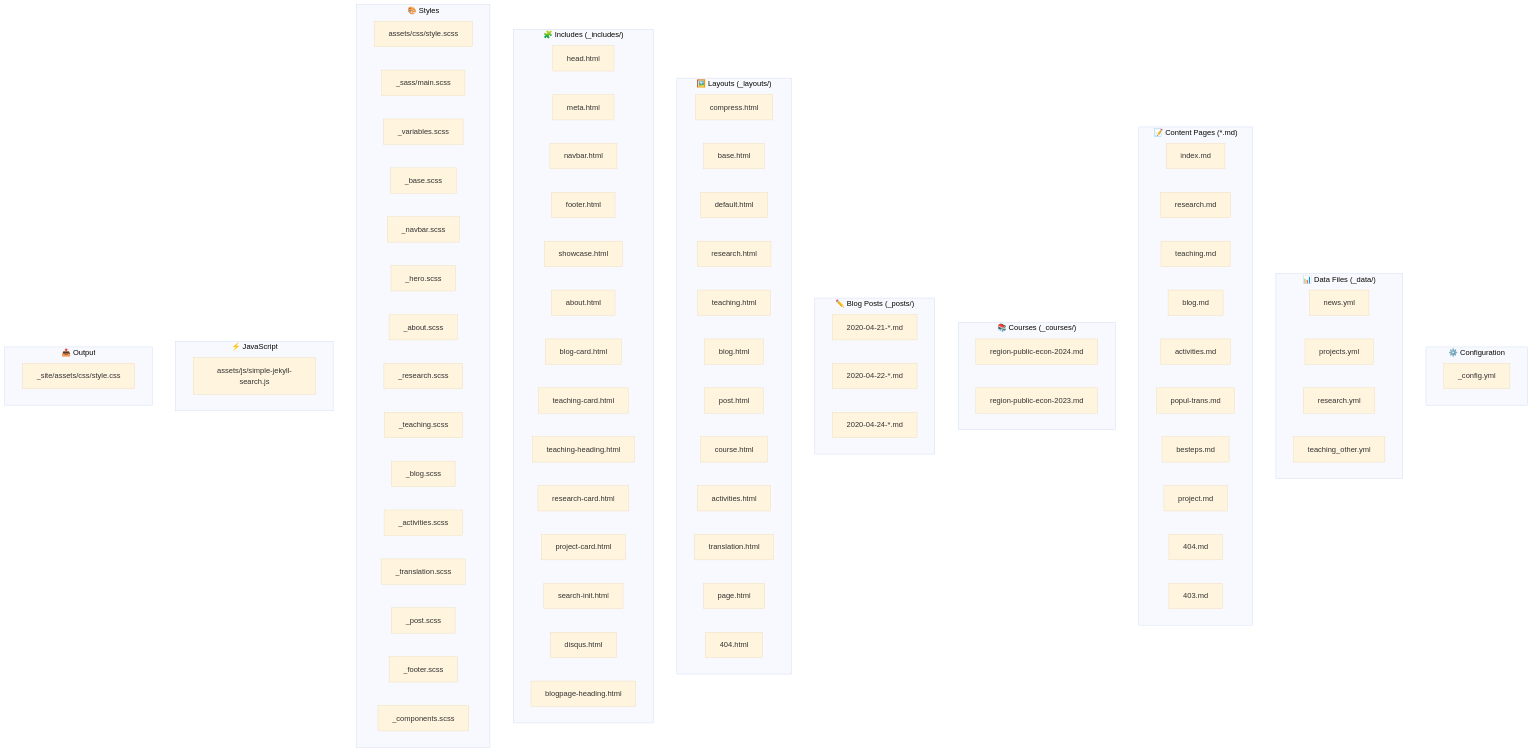
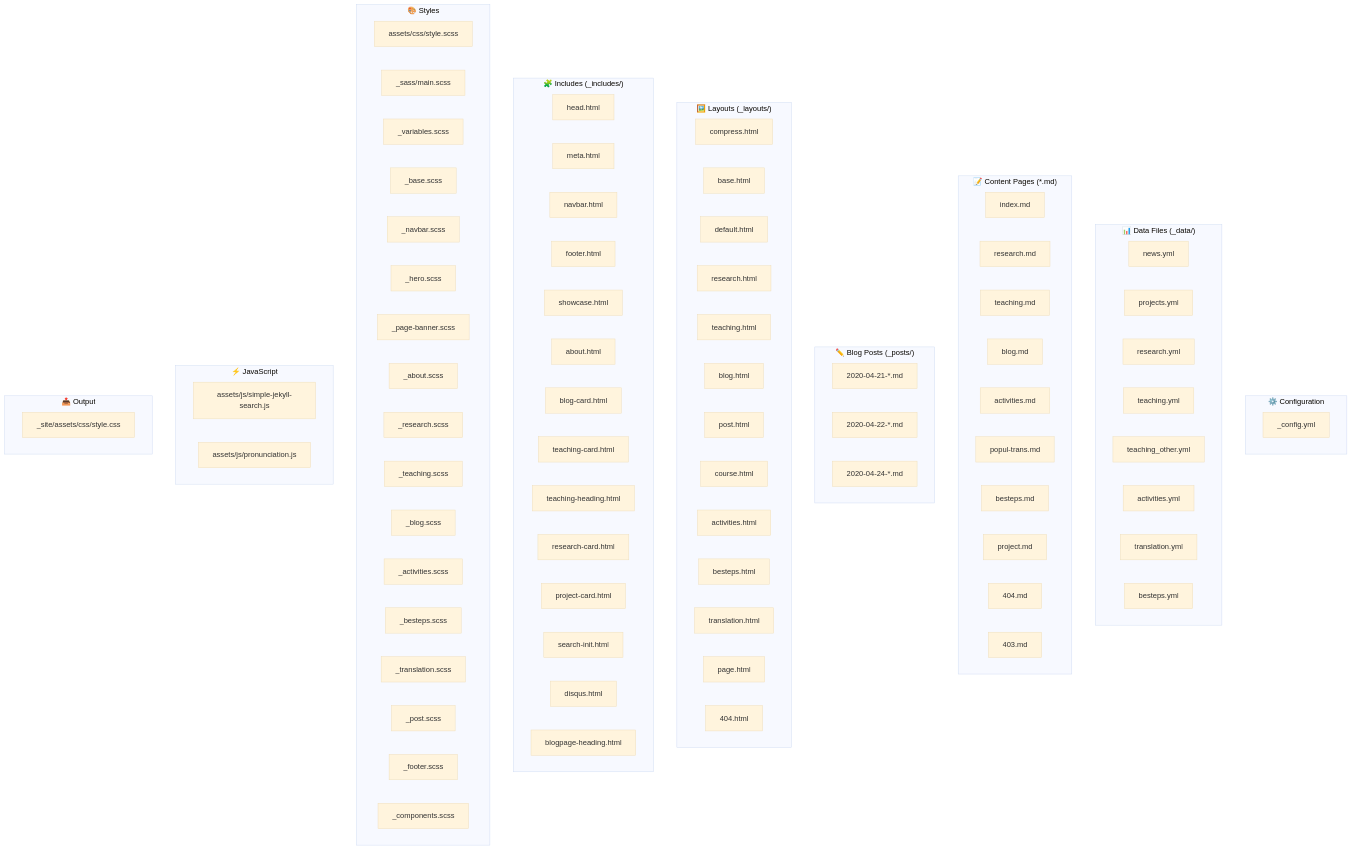
One commit to lin-mengwei/lin-mengwei.github.io changed the first of 6 diagrams in ARCHITECTURE.md. Above: the diagram before and after it, drawn with Mermaid (base theme). The commit also changed other lines of this file, not shown here.

```diff
--- a/ARCHITECTURE.md
+++ b/ARCHITECTURE.md
@@ -14,7 +14,11 @@
         news[news.yml]
         projects[projects.yml]
         research_data[research.yml]
+        teaching_data[teaching.yml]
         teaching_other[teaching_other.yml]
+        activities_data[activities.yml]
+        translation_data[translation.yml]
+        besteps_data[besteps.yml]
     end
 
     subgraph CONTENT["📝 Content Pages (*.md)"]
@@ -28,11 +32,6 @@
         project_md[project.md]
         err404[404.md]
         err403[403.md]
-    end
-
-    subgraph COURSES["📚 Courses (_courses/)"]
-        course2024[region-public-econ-2024.md]
-        course2023[region-public-econ-2023.md]
     end
 
     subgraph POSTS["✏️ Blog Posts (_posts/)"]
@@ -51,6 +50,7 @@
         post_layout[post.html]
         course_layout[course.html]
         activities_layout[activities.html]
+        besteps_layout[besteps.html]
         translation_layout[translation.html]
         page_layout[page.html]
         layout404[404.html]
@@ -80,11 +80,13 @@
         base_scss[_base.scss]
         navbar_scss[_navbar.scss]
         hero_scss[_hero.scss]
+        page_banner_scss[_page-banner.scss]
         about_scss[_about.scss]
         research_scss[_research.scss]
         teaching_scss[_teaching.scss]
         blog_scss[_blog.scss]
         activities_scss[_activities.scss]
+        besteps_scss[_besteps.scss]
         translation_scss[_translation.scss]
         post_scss[_post.scss]
         footer_scss[_footer.scss]
@@ -93,6 +95,7 @@
 
     subgraph JS["⚡ JavaScript"]
         search_js[assets/js/simple-jekyll-search.js]
+        pronunciation_js[assets/js/pronunciation.js]
     end
 
     subgraph OUTPUT["📤 Output"]
```
